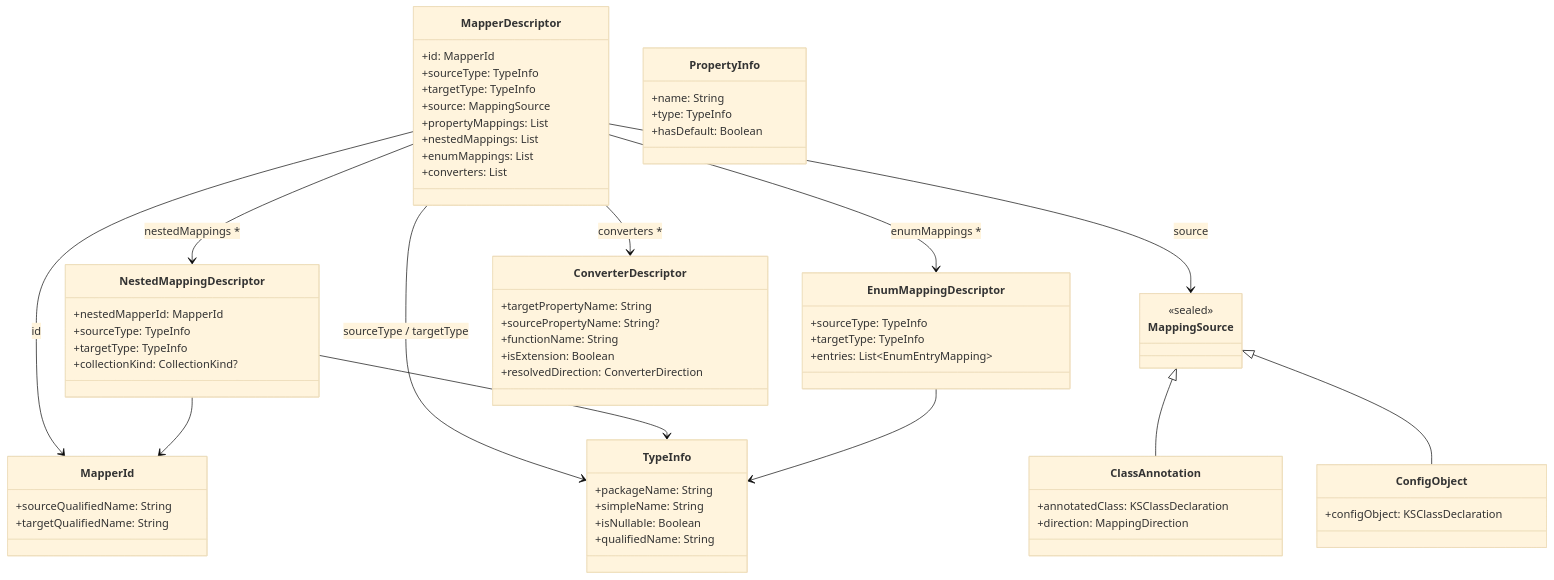
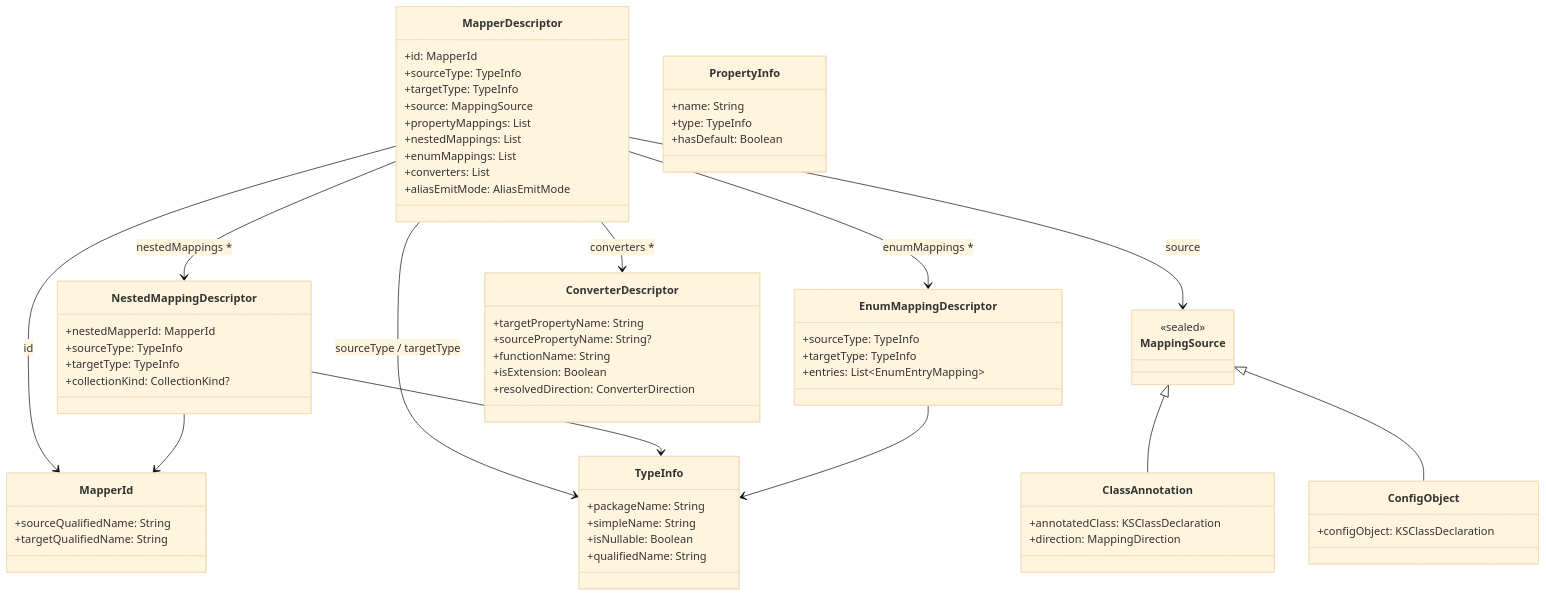
The second of 3 diagrams in docs/developer-guide/custom-code-generator.md (blu3berry-why/Kraft), drawn with Mermaid (base theme) before and after one commit. The commit also changed other lines of this file, not shown here.

First line of the commit message:
docs: correct EnumMapperGeneratorSpi shape in SPI diagram and sample

````diff
--- a/docs/developer-guide/custom-code-generator.md
+++ b/docs/developer-guide/custom-code-generator.md
@@ -84,75 +86,76 @@
 ```mermaid
 classDiagram
     direction TB
 
     class MapperDescriptor {
         +id: MapperId
         +sourceType: TypeInfo
         +targetType: TypeInfo
         +source: MappingSource
         +propertyMappings: List
         +nestedMappings: List
         +enumMappings: List
         +converters: List
+        +aliasEmitMode: AliasEmitMode
     }
 
     class MapperId {
         +sourceQualifiedName: String
         +targetQualifiedName: String
     }
     class TypeInfo {
         +packageName: String
         +simpleName: String
         +isNullable: Boolean
         +qualifiedName: String
     }
     class PropertyInfo {
         +name: String
         +type: TypeInfo
         +hasDefault: Boolean
     }
 
     class MappingSource {
         <<sealed>>
     }
     class ClassAnnotation {
         +annotatedClass: KSClassDeclaration
         +direction: MappingDirection
     }
     class ConfigObject {
         +configObject: KSClassDeclaration
     }
 
     class NestedMappingDescriptor {
         +nestedMapperId: MapperId
         +sourceType: TypeInfo
         +targetType: TypeInfo
         +collectionKind: CollectionKind?
     }
     class EnumMappingDescriptor {
         +sourceType: TypeInfo
         +targetType: TypeInfo
         +entries: List~EnumEntryMapping~
     }
     class ConverterDescriptor {
         +targetPropertyName: String
         +sourcePropertyName: String?
         +functionName: String
         +isExtension: Boolean
         +resolvedDirection: ConverterDirection
     }
 
     MapperDescriptor --> MapperId : id
     MapperDescriptor --> TypeInfo : sourceType / targetType
     MapperDescriptor --> MappingSource : source
     MapperDescriptor --> NestedMappingDescriptor : nestedMappings *
     MapperDescriptor --> EnumMappingDescriptor : enumMappings *
     MapperDescriptor --> ConverterDescriptor : converters *
 
     MappingSource <|-- ClassAnnotation
     MappingSource <|-- ConfigObject
 
     NestedMappingDescriptor --> MapperId
     NestedMappingDescriptor --> TypeInfo
     EnumMappingDescriptor --> TypeInfo
 ```
````
